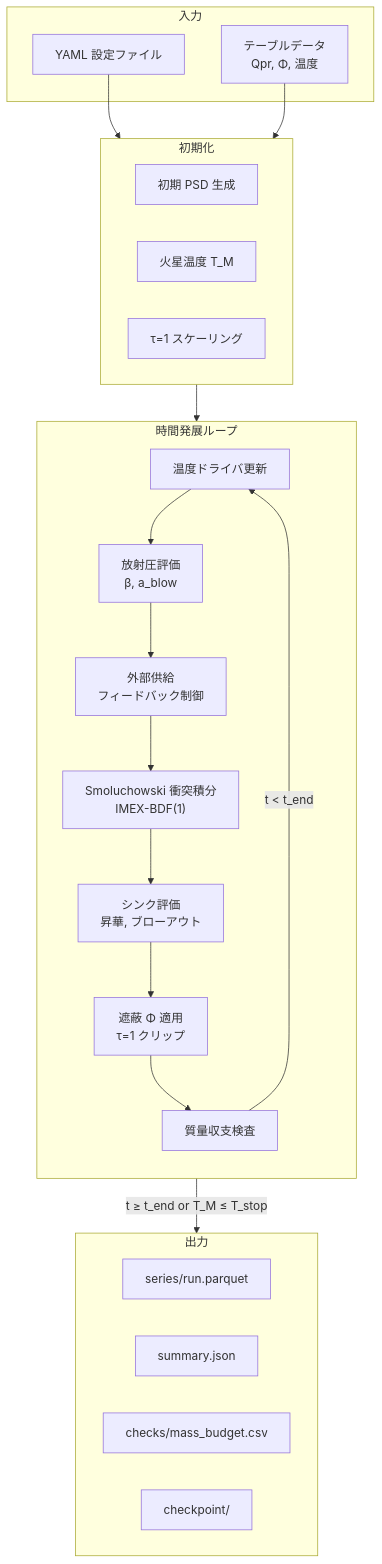
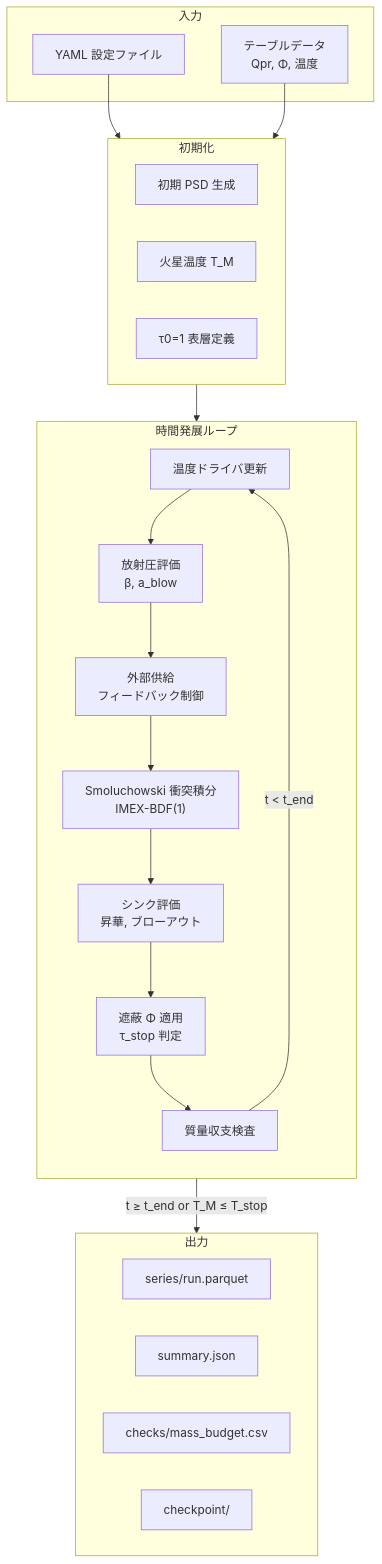
One commit to Einfeld686/MarsDiskSimulation changed the first of 3 diagrams in analysis/methods.md. Above: the diagram before and after it, drawn with Mermaid. The commit also changed other lines of this file and 28 other files, not shown here.

````diff
--- a/analysis/methods.md
+++ b/analysis/methods.md
@@ -13,38 +13,38 @@
 ```mermaid
 flowchart TB
     subgraph INPUT["入力"]
         CONFIG["YAML 設定ファイル"]
         TABLES["テーブルデータ<br/>Qpr, Φ, 温度"]
     end
 
     subgraph INIT["初期化"]
         PSD0["初期 PSD 生成"]
         TEMP0["火星温度 T_M"]
-        TAU1["τ=1 スケーリング"]
+        TAU1["τ0=1 表層定義"]
     end
 
     subgraph LOOP["時間発展ループ"]
         direction TB
         DRIVER["温度ドライバ更新"]
         RAD["放射圧評価<br/>β, a_blow"]
         SUPPLY["外部供給<br/>フィードバック制御"]
         SMOL["Smoluchowski 衝突積分<br/>IMEX-BDF(1)"]
         SINK["シンク評価<br/>昇華, ブローアウト"]
-        SHIELD["遮蔽 Φ 適用<br/>τ=1 クリップ"]
+        SHIELD["遮蔽 Φ 適用<br/>τ_stop 判定"]
         CHECK["質量収支検査"]
     end
 
     subgraph OUTPUT["出力"]
         SERIES["series/run.parquet"]
         SUMMARY["summary.json"]
         BUDGET["checks/mass_budget.csv"]
         CKPT["checkpoint/"]
     end
 
     CONFIG --> INIT
     TABLES --> INIT
     INIT --> LOOP
     DRIVER --> RAD --> SUPPLY --> SMOL --> SINK --> SHIELD --> CHECK
     CHECK -->|"t < t_end"| DRIVER
     CHECK -->|"t ≥ t_end or T_M ≤ T_stop"| OUTPUT
 ```
````
